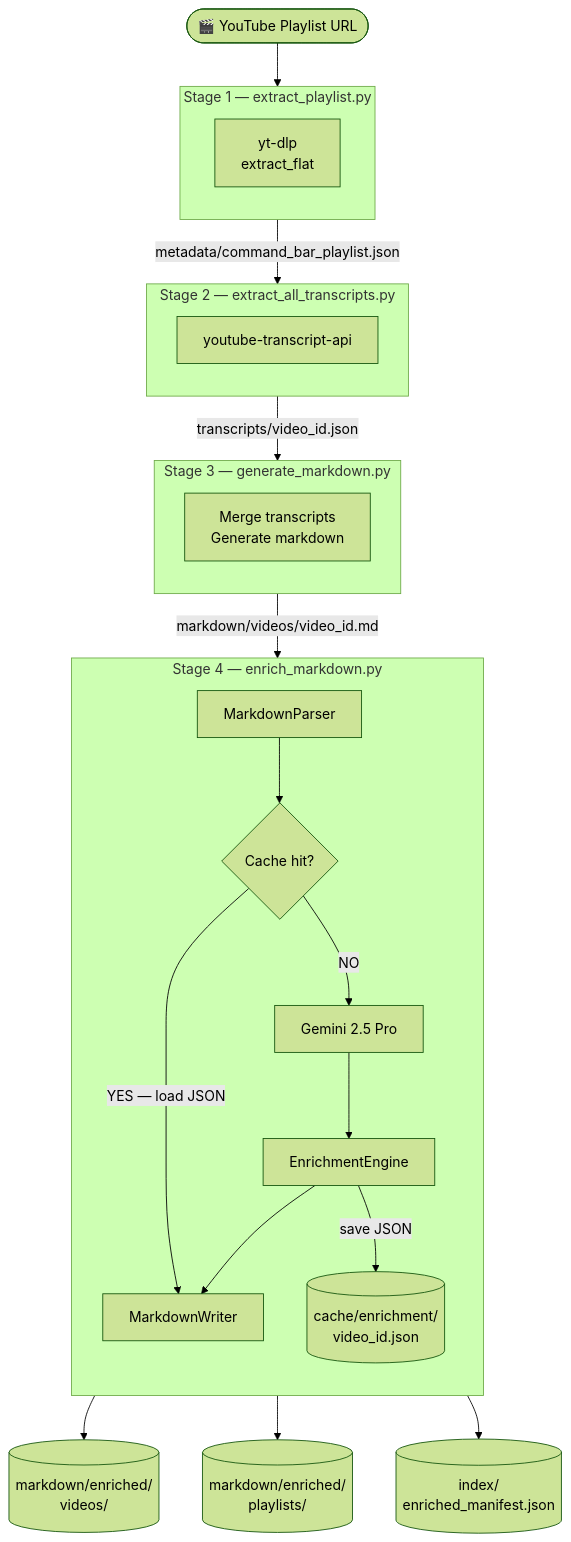
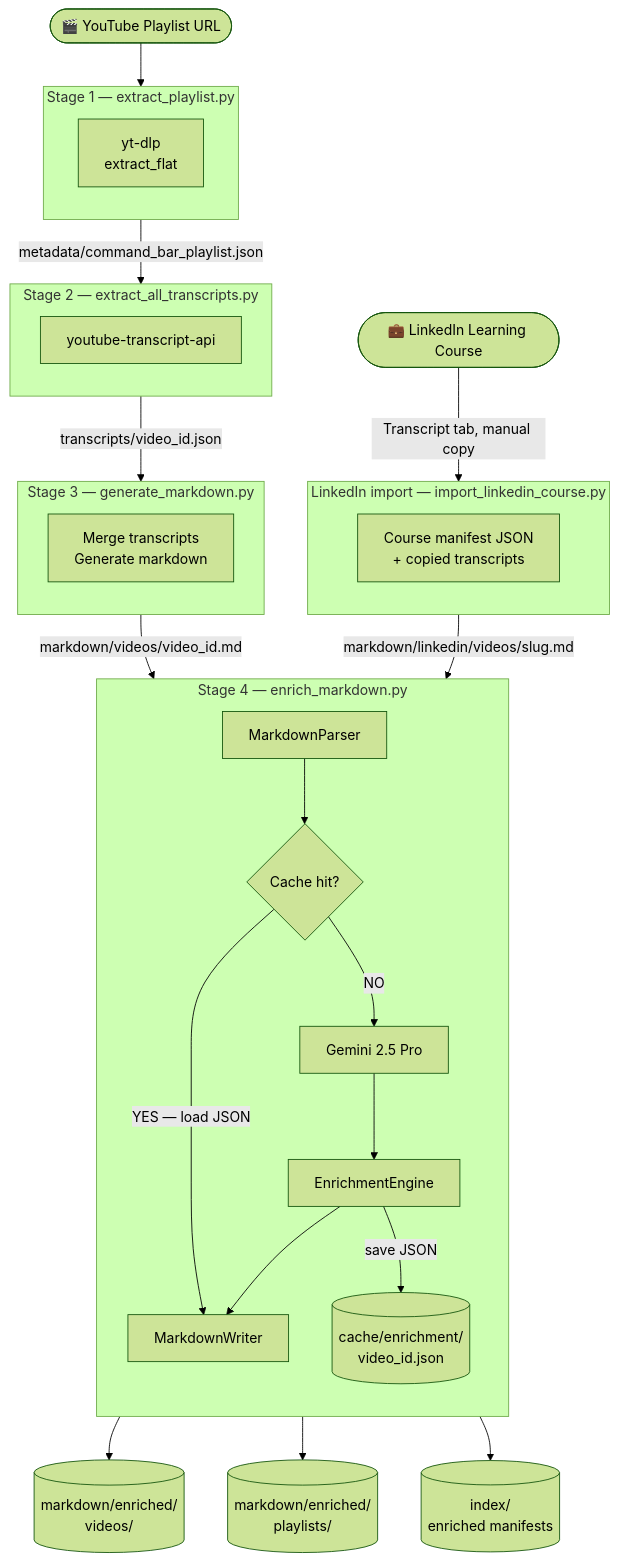
One commit to nestico/youtube-rag-builder changed the diagram in docs/architecture.md. Above: the diagram before and after it, drawn with Mermaid (forest theme). The commit also changed other lines of this file and 10 other files, not shown here.

First line of the commit message:
Add LinkedIn Learning as a second content source

````diff
--- a/docs/architecture.md
+++ b/docs/architecture.md
@@ -56,44 +61,52 @@
 ```mermaid
 flowchart TD
     YT([🎬 YouTube Playlist URL])
 
     subgraph S1["Stage 1 — extract_playlist.py"]
         direction TB
         A1[yt-dlp\nextract_flat]
     end
 
     subgraph S2["Stage 2 — extract_all_transcripts.py"]
         direction TB
         A2[youtube-transcript-api]
     end
 
     subgraph S3["Stage 3 — generate_markdown.py"]
         direction TB
         A3[Merge transcripts\nGenerate markdown]
     end
 
     subgraph S4["Stage 4 — enrich_markdown.py"]
         direction TB
         P[MarkdownParser]
         C{Cache hit?}
         G[Gemini 2.5 Pro]
         E[EnrichmentEngine]
         W[MarkdownWriter]
 
         P --> C
         C -->|YES — load JSON| W
         C -->|NO| G
         G --> E
         E -->|save JSON| CACHE[(cache/enrichment/\nvideo_id.json)]
         E --> W
     end
 
+    LI([💼 LinkedIn Learning Course])
+    subgraph SL["LinkedIn import — import_linkedin_course.py"]
+        direction TB
+        M[Course manifest JSON\n+ copied transcripts]
+    end
+
     YT --> S1
     S1 -->|metadata/command_bar_playlist.json| S2
     S2 -->|transcripts/video_id.json| S3
     S3 -->|markdown/videos/video_id.md| S4
+    LI -->|Transcript tab, manual copy| SL
+    SL -->|markdown/linkedin/videos/slug.md| S4
 
     S4 --> R1[(markdown/enriched/\nvideos/)]
     S4 --> R2[(markdown/enriched/\nplaylists/)]
-    S4 --> R3[(index/\nenriched_manifest.json)]
+    S4 --> R3[(index/\nenriched manifests)]
 ```
````
